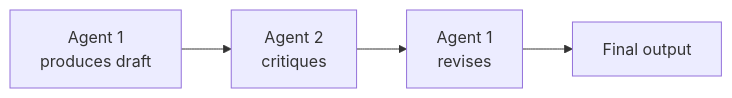
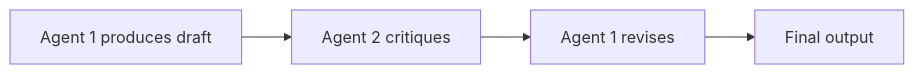
Before and after one commit to mjac-yue/ai-architecture-for-pms: the fifth of 6 diagrams in module-09-multi-agent-architecture.md, drawn with Mermaid. The commit also changed other lines of this file and 15 other files, not shown here.

First line of the commit message:
Remove HTML tags from Mermaid node labels for Obsidian compatibility

````diff
--- a/module-09-multi-agent-architecture.md
+++ b/module-09-multi-agent-architecture.md
@@ -147,6 +147,6 @@
 ```mermaid
 flowchart LR
-    A["Agent 1<br>produces draft"] --> C["Agent 2<br>critiques"]
-    C --> A2["Agent 1<br>revises"]
+    A["Agent 1 produces draft"] --> C["Agent 2 critiques"]
+    C --> A2["Agent 1 revises"]
     A2 --> O["Final output"]
 ```
````
